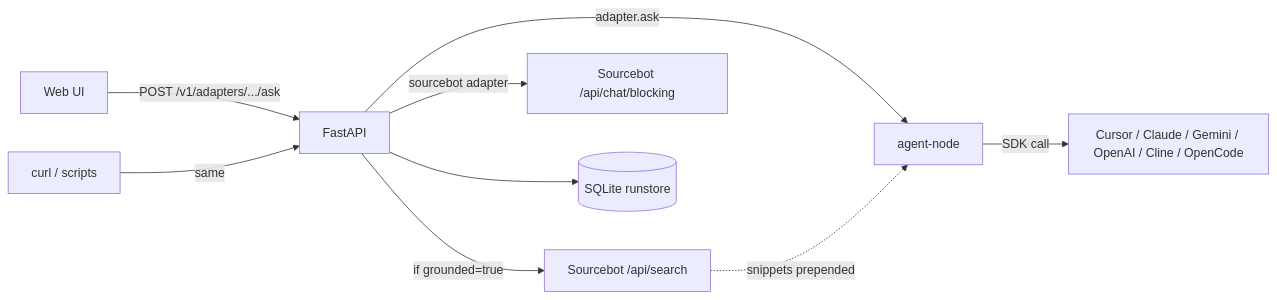
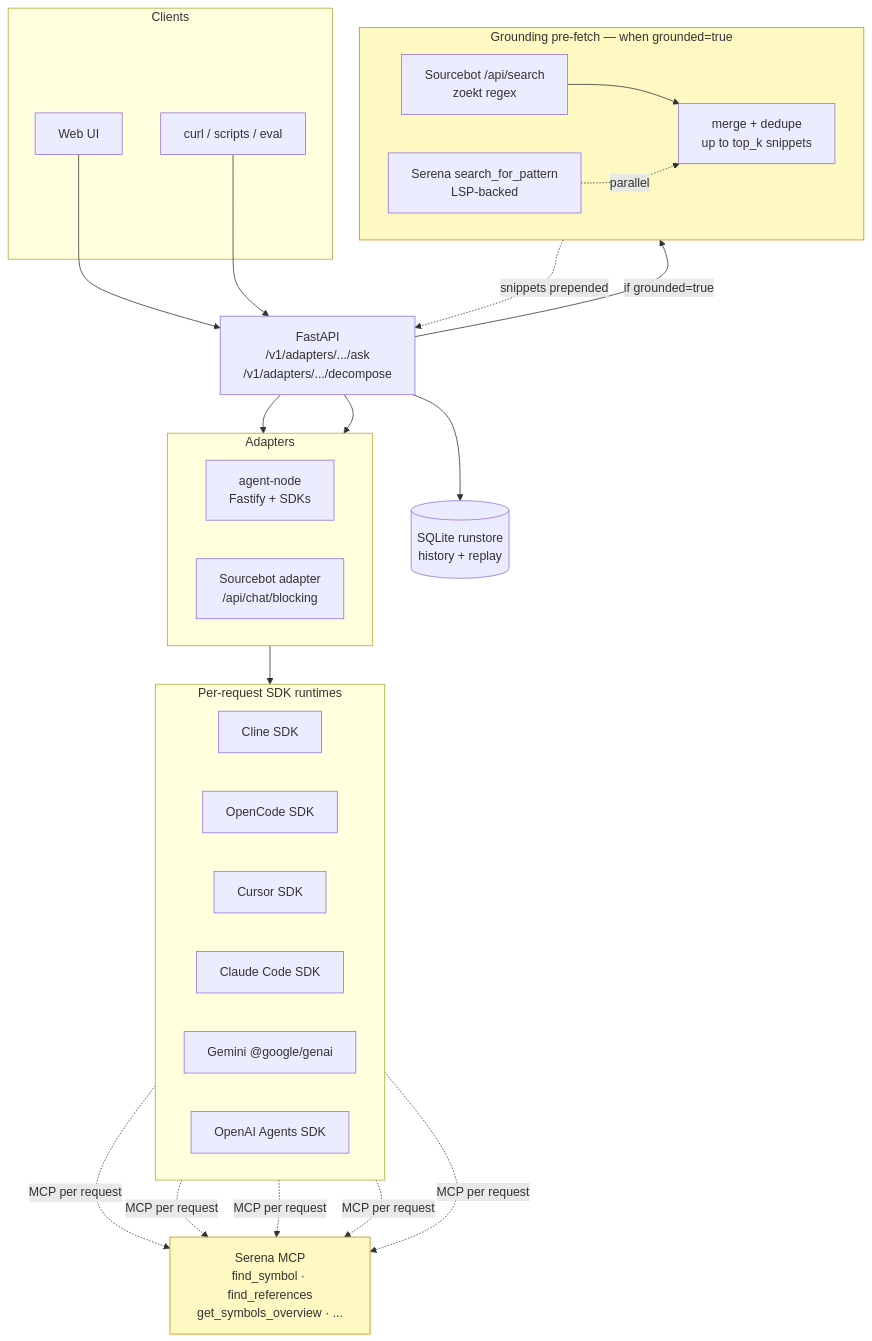
The diagram in README.md (MHMALEK/polycontext), drawn with Mermaid before and after one commit. The commit also changed other lines of this file and 1 other file, not shown here.

First line of the commit message:
docs: update README + DEPLOYMENT for Serena MCP + grounding-with-Serena

````diff
--- a/README.md
+++ b/README.md
@@ -161,11 +264,54 @@
 ```mermaid
-flowchart LR
-  UI[Web UI] -- POST /v1/adapters/.../ask --> API[FastAPI]
-  CLI[curl / scripts] -- same --> API
-  API -- if grounded=true --> SB1[Sourcebot /api/search]
-  API -- adapter.ask --> AN[agent-node]
-  API -- sourcebot adapter --> SB2[Sourcebot /api/chat/blocking]
-  AN -- SDK call --> LLM[Cursor / Claude / Gemini / OpenAI / Cline / OpenCode]
-  SB1 -. snippets prepended .-> AN
-  API --> RS[(SQLite runstore)]
+flowchart TB
+  subgraph clients[Clients]
+    UI[Web UI]
+    CLI[curl / scripts / eval]
+  end
+
+  API[FastAPI<br/>/v1/adapters/.../ask<br/>/v1/adapters/.../decompose]
+
+  subgraph grounding[Grounding pre-fetch — when grounded=true]
+    direction LR
+    SBS[Sourcebot /api/search<br/>zoekt regex]
+    SER1[Serena search_for_pattern<br/>LSP-backed]
+    MERGE[merge + dedupe<br/>up to top_k snippets]
+    SBS --> MERGE
+    SER1 -. parallel .-> MERGE
+  end
+
+  subgraph adapters[Adapters]
+    direction LR
+    AN[agent-node<br/>Fastify + SDKs]
+    SBA[Sourcebot adapter<br/>/api/chat/blocking]
+  end
+
+  subgraph sdks[Per-request SDK runtimes]
+    direction LR
+    Cline[Cline SDK]
+    OC[OpenCode SDK]
+    Cur[Cursor SDK]
+    CC[Claude Code SDK]
+    Gem[Gemini @google/genai]
+    OAI[OpenAI Agents SDK]
+  end
+
+  SER2[Serena MCP<br/>find_symbol · find_references<br/>get_symbols_overview · ...]
+  RS[(SQLite runstore<br/>history + replay)]
+
+  UI --> API
+  CLI --> API
+  API -- if grounded=true --> grounding
+  grounding -. snippets prepended .-> API
+  API --> AN
+  API --> SBA
+  AN --> sdks
+  Cline -. MCP per request .-> SER2
+  OC -. MCP per request .-> SER2
+  Cur -. MCP per request .-> SER2
+  CC -. MCP per request .-> SER2
+  OAI -. MCP per request .-> SER2
+  API --> RS
+
+  classDef extra fill:#fef9c3,stroke:#ca8a04;
+  class grounding,SER2 extra;
 ```
````
